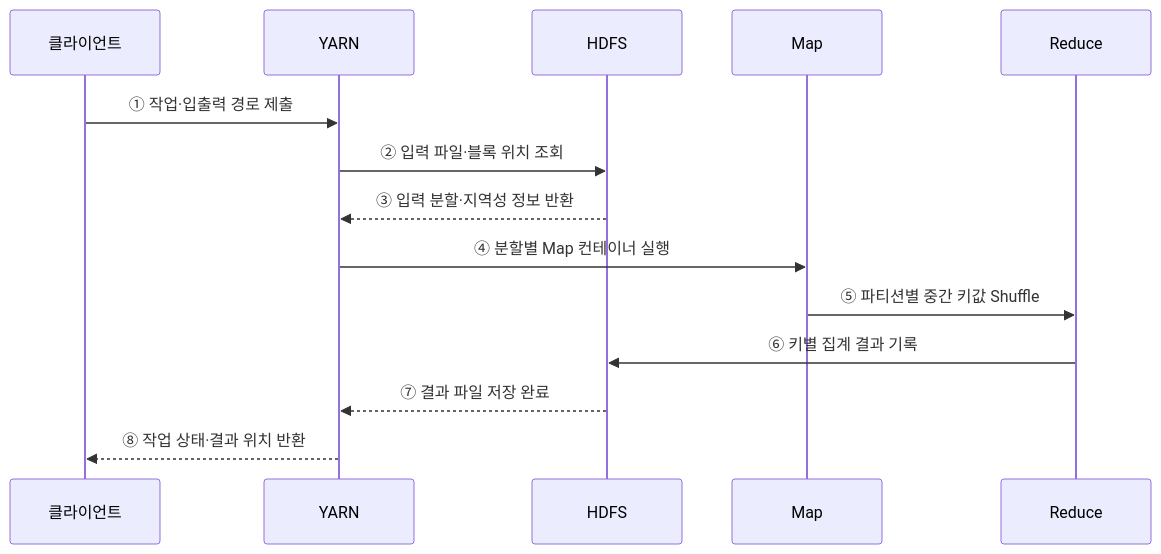
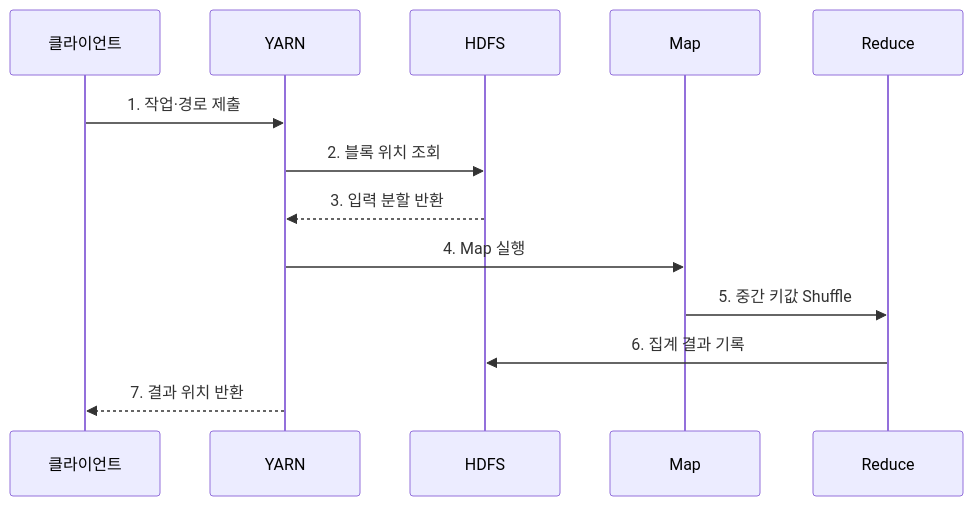
Before and after one commit to agnusdei1207/knowledge-base: the second of 2 diagrams in src/content/docs/notes/03-software/116_hadoop_mapreduce.md, drawn with Mermaid. The commit also changed other lines of this file and 20 other files, not shown here.

````diff
--- a/src/content/docs/notes/03-software/116_hadoop_mapreduce.md
+++ b/src/content/docs/notes/03-software/116_hadoop_mapreduce.md
@@ -78,16 +88,15 @@
 ```mermaid
 sequenceDiagram
     participant C as 클라이언트
     participant Y as YARN
     participant H as HDFS
     participant M as Map
     participant R as Reduce
-    C->>Y: ① 작업·입출력 경로 제출
-    Y->>H: ② 입력 파일·블록 위치 조회
-    H-->>Y: ③ 입력 분할·지역성 정보 반환
-    Y->>M: ④ 분할별 Map 컨테이너 실행
-    M->>R: ⑤ 파티션별 중간 키값 Shuffle
-    R->>H: ⑥ 키별 집계 결과 기록
-    H-->>Y: ⑦ 결과 파일 저장 완료
-    Y-->>C: ⑧ 작업 상태·결과 위치 반환
+    C->>Y: 1. 작업·경로 제출
+    Y->>H: 2. 블록 위치 조회
+    H-->>Y: 3. 입력 분할 반환
+    Y->>M: 4. Map 실행
+    M->>R: 5. 중간 키값 Shuffle
+    R->>H: 6. 집계 결과 기록
+    Y-->>C: 7. 결과 위치 반환
 ```
````
